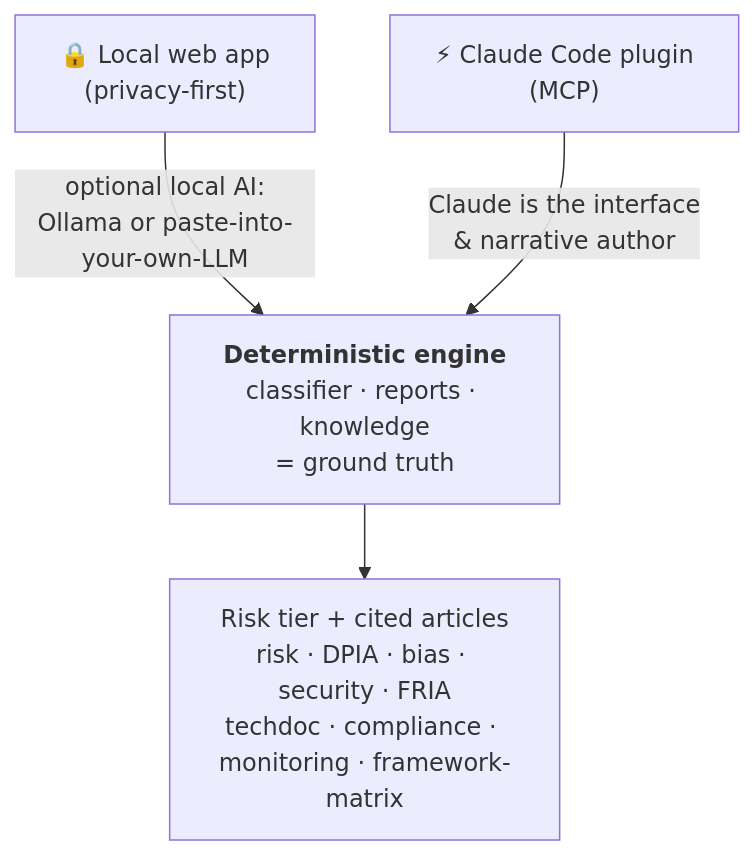
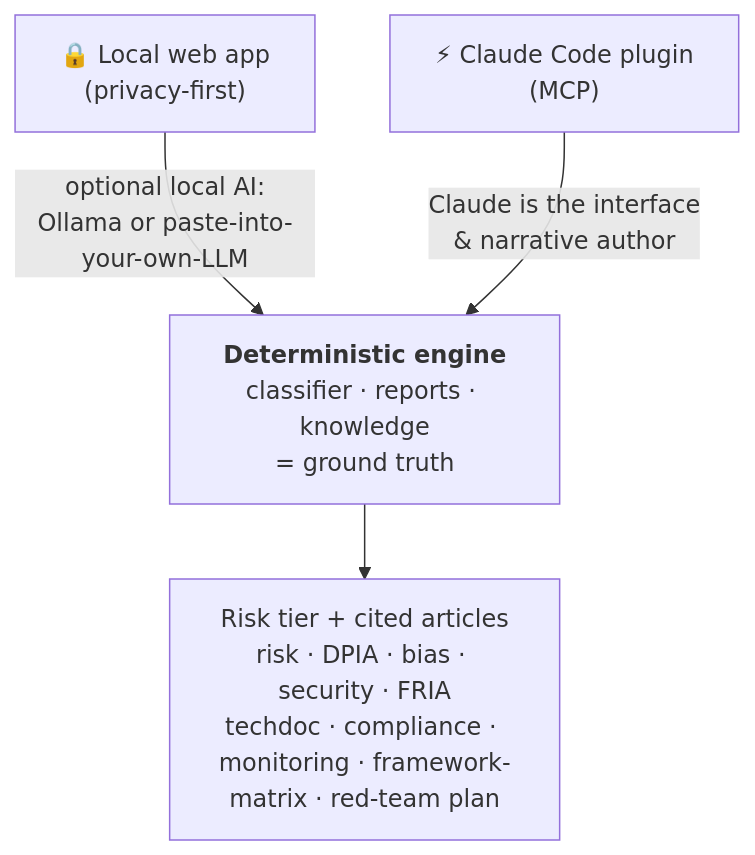
Before and after one commit to JKasteele/ai-act-companion: the diagram in README.md, drawn with Mermaid. The commit also changed other lines of this file and 9 other files, not shown here.

````diff
--- a/README.md
+++ b/README.md
@@ -49,10 +54,10 @@
 ```mermaid
 flowchart TB
     A["🔒 Local web app<br/>(privacy-first)"]
     B["⚡ Claude Code plugin<br/>(MCP)"]
     E["<b>Deterministic engine</b><br/>classifier · reports · knowledge<br/>= ground truth"]
-    O["Risk tier + cited articles<br/>risk · DPIA · bias · security · FRIA<br/>techdoc · compliance · monitoring · framework-matrix"]
+    O["Risk tier + cited articles<br/>risk · DPIA · bias · security · FRIA<br/>techdoc · compliance · monitoring · framework-matrix · red-team plan"]
     A -->|"optional local AI:<br/>Ollama or paste-into-your-own-LLM"| E
     B -->|"Claude is the interface<br/>& narrative author"| E
     E --> O
 ```
````
